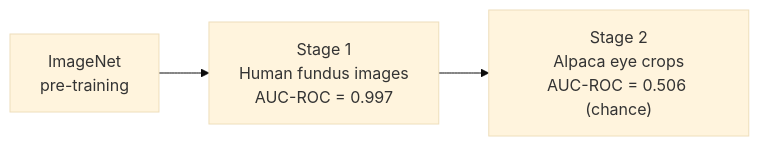
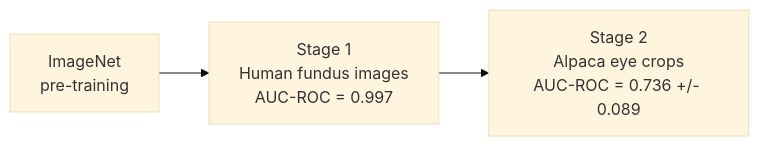
The third of 3 diagrams in README.md (Andre031222/data-integrity-vision-language-auto-labelling), drawn with Mermaid (base theme) before and after one commit. The commit also changed other lines of this file and 25 other files, not shown here.

````diff
--- a/README.md
+++ b/README.md
@@ -232,5 +252,5 @@
 ```mermaid
 flowchart LR
     I["ImageNet<br/>pre-training"] --> S1["Stage 1<br/>Human fundus images<br/>AUC-ROC = 0.997"]
-    S1 --> S2["Stage 2<br/>Alpaca eye crops<br/>AUC-ROC = 0.506 (chance)"]
+    S1 --> S2["Stage 2<br/>Alpaca eye crops<br/>AUC-ROC = 0.736 +/- 0.089"]
 ```
````
